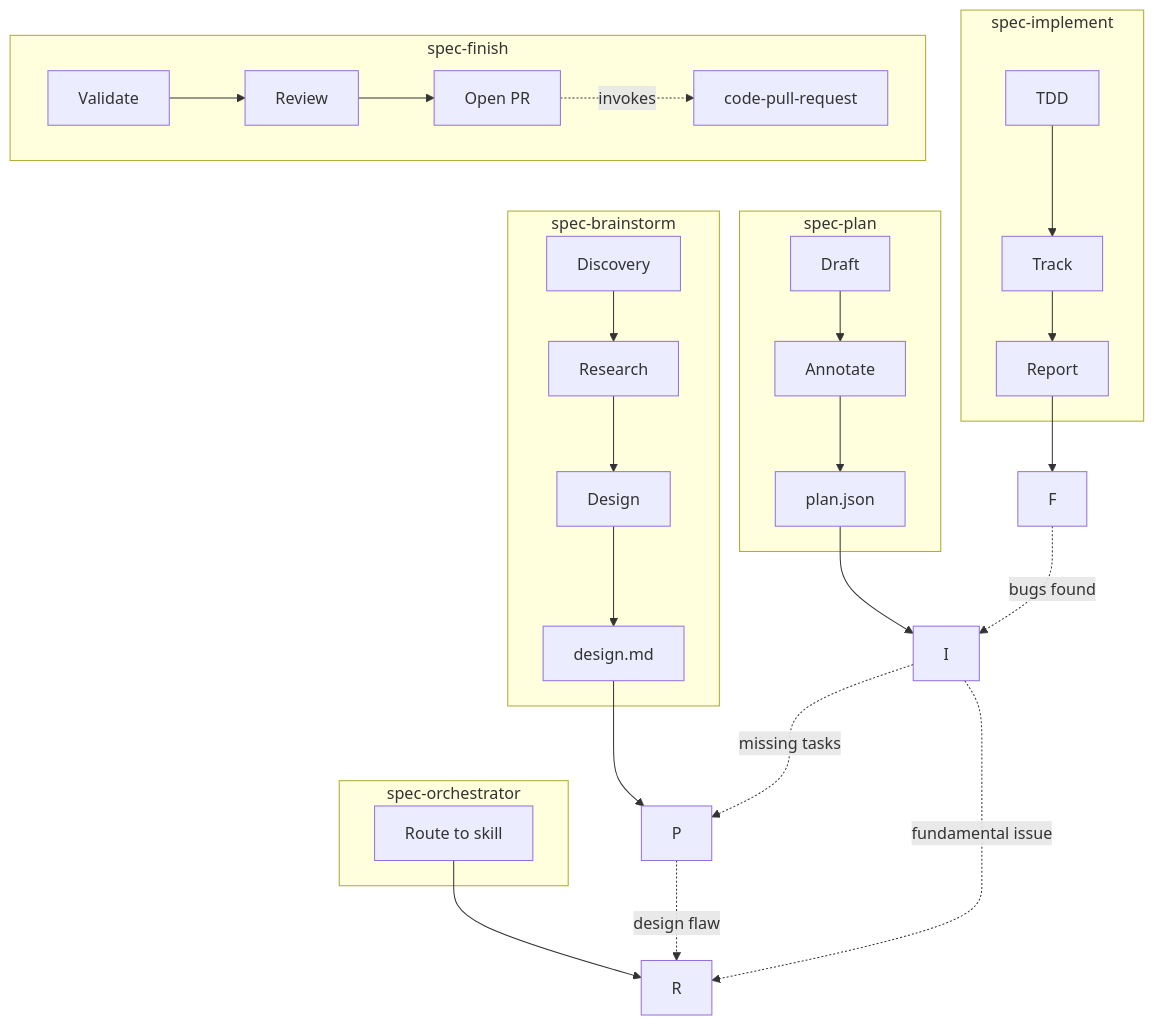
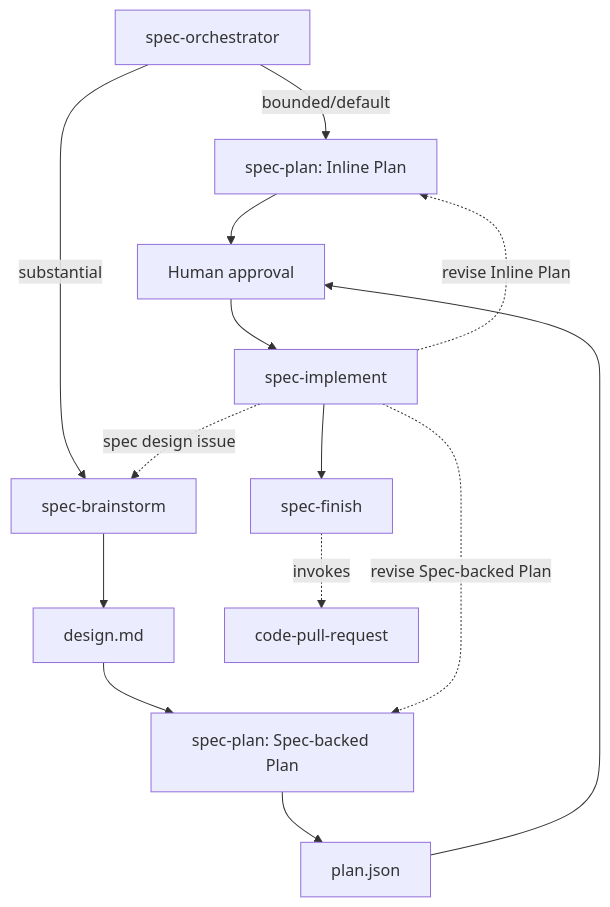
The diagram in AGENTS.md (martinffx/atelier), drawn with Mermaid before and after one commit. The commit also changed other lines of this file and 14 other files, not shown here.

````diff
--- a/AGENTS.md
+++ b/AGENTS.md
@@ -75,41 +75,16 @@
 ```mermaid
 graph TB
-    subgraph "spec-orchestrator"
-        O[Route to skill]
-    end
-    
-    O --> R
-    
-    subgraph "spec-brainstorm"
-        R1[Discovery] --> R2[Research]
-        R2 --> R3[Design]
-        R3 --> R4[design.md]
-    end
-    
-    R4 --> P
-    
-    subgraph "spec-plan"
-        P1[Draft] --> P2[Annotate]
-        P2 --> P3[plan.json]
-    end
-    
-    P3 --> I
-    
-    subgraph "spec-implement"
-        I1[TDD] --> I2[Track]
-        I2 --> I3[Report]
-    end
-    
-    I3 --> F
-    
-    subgraph "spec-finish"
-        F1[Validate] --> F2[Review]
-        F2 --> F3[Open PR]
-        F3 -.->|invokes| U1[code-pull-request]
-    end
-    
-    P -.->|design flaw| R
-    I -.->|missing tasks| P
-    I -.->|fundamental issue| R
-    F -.->|bugs found| I
+    O[spec-orchestrator] -->|bounded/default| PI[spec-plan: Inline Plan]
+    O -->|substantial| B[spec-brainstorm]
+    B --> D[design.md]
+    D --> PS[spec-plan: Spec-backed Plan]
+    PS --> J[plan.json]
+    PI --> A[Human approval]
+    J --> A
+    A --> I[spec-implement]
+    I --> F[spec-finish]
+    F -.->|invokes| PR[code-pull-request]
+    I -.->|revise Inline Plan| PI
+    I -.->|revise Spec-backed Plan| PS
+    I -.->|spec design issue| B
 ```
````
